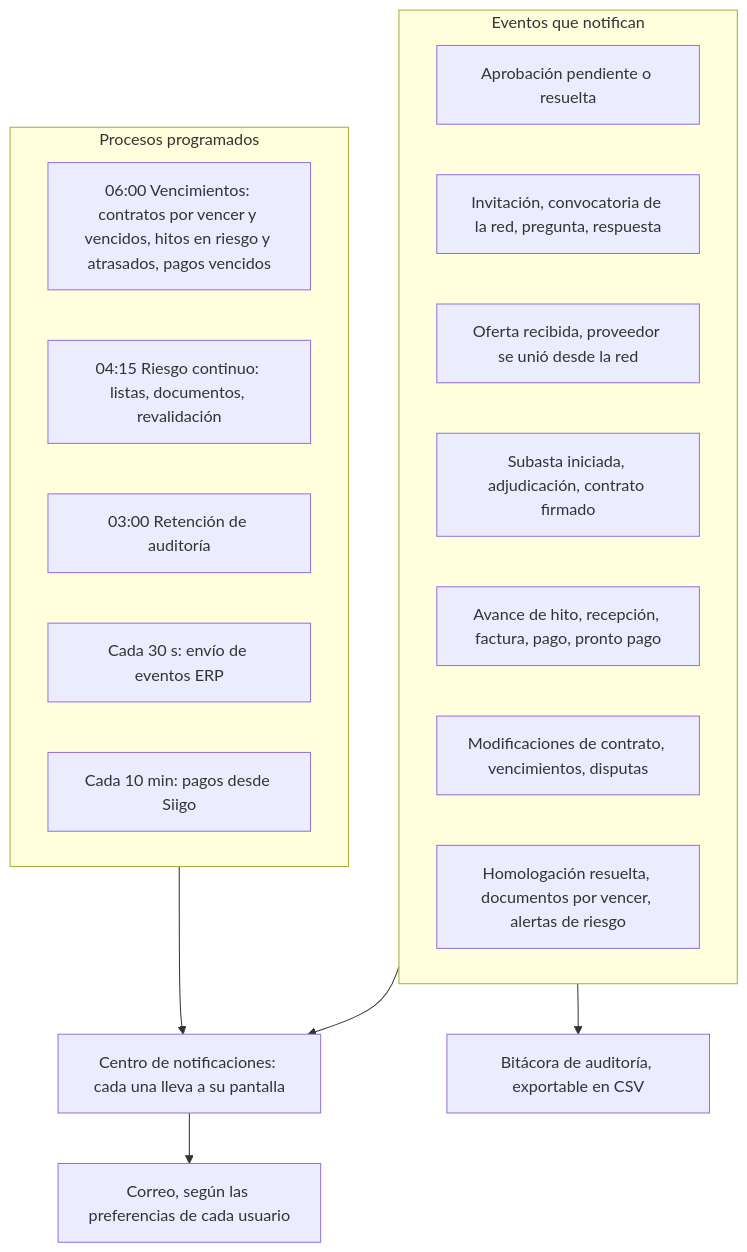
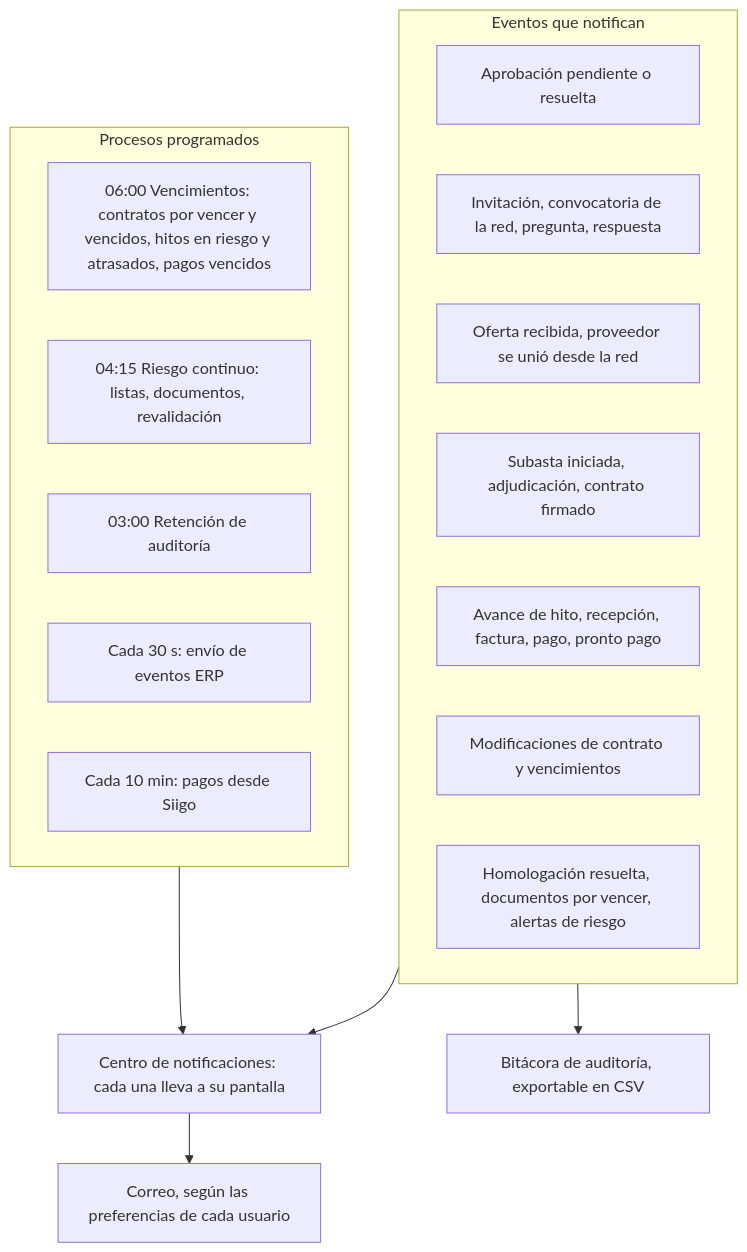
One commit to johnalecc21/bolt_pro changed diagram 34 of 34 in docs/DIAGRAMAS-FLUJO.md. Above: the diagram before and after it, drawn with Mermaid. The commit also changed other lines of this file and 35 other files, not shown here.

````diff
--- a/docs/DIAGRAMAS-FLUJO.md
+++ b/docs/DIAGRAMAS-FLUJO.md
@@ -774,23 +772,23 @@
 ```mermaid
 flowchart TD
     subgraph CRON["Procesos programados"]
         V["06:00 Vencimientos: contratos por vencer y vencidos, hitos en riesgo y atrasados, pagos vencidos"]
         R["04:15 Riesgo continuo: listas, documentos, revalidación"]
         AU["03:00 Retención de auditoría"]
         W["Cada 30 s: envío de eventos ERP"]
         S["Cada 10 min: pagos desde Siigo"]
     end
     subgraph EVT["Eventos que notifican"]
         N1["Aprobación pendiente o resuelta"]
         N2["Invitación, convocatoria de la red, pregunta, respuesta"]
         N3["Oferta recibida, proveedor se unió desde la red"]
         N4["Subasta iniciada, adjudicación, contrato firmado"]
         N5["Avance de hito, recepción, factura, pago, pronto pago"]
-        N6["Modificaciones de contrato, vencimientos, disputas"]
+        N6["Modificaciones de contrato y vencimientos"]
         N7["Homologación resuelta, documentos por vencer, alertas de riesgo"]
     end
     CRON --> NT["Centro de notificaciones: cada una lleva a su pantalla"]
     EVT --> NT
     NT --> M["Correo, según las preferencias de cada usuario"]
     EVT --> AUD["Bitácora de auditoría, exportable en CSV"]
 ```
````
